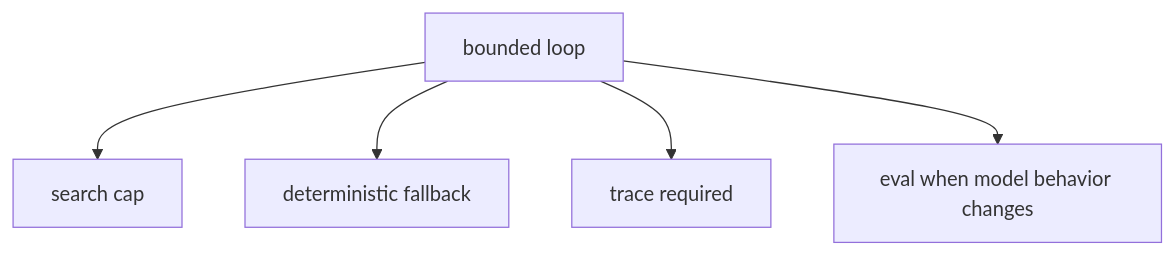
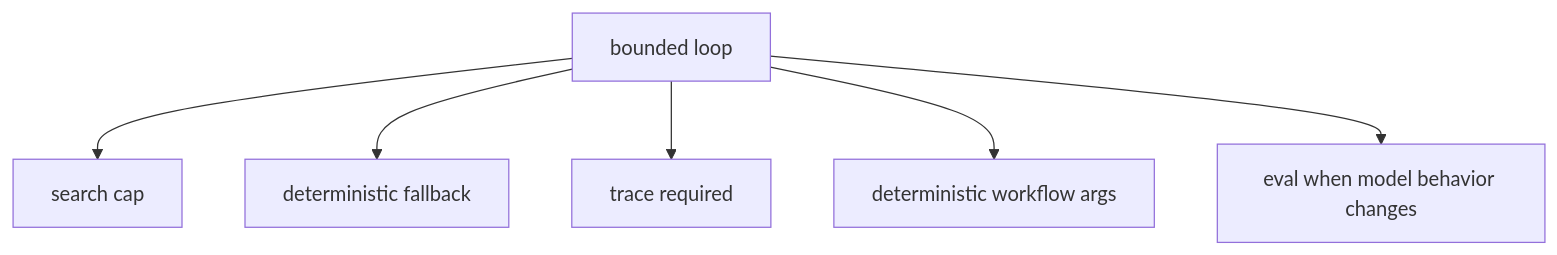
Before and after one commit to ImWenyaoT/chatty: the eighth of 24 diagrams in docs/design.md, drawn with Mermaid. The commit also changed other lines of this file and 2 other files, not shown here.

Commit message:
fix(agent-core): stabilize workflow and search traces

````diff
--- a/docs/design.md
+++ b/docs/design.md
@@ -169,7 +170,8 @@
 ```mermaid
 flowchart TD
   Loop["bounded loop"] --> Cap["search cap"]
   Loop --> Fallback["deterministic fallback"]
   Loop --> Trace["trace required"]
+  Loop --> Workflow["deterministic workflow args"]
   Loop --> Eval["eval when model behavior changes"]
 ```
````
